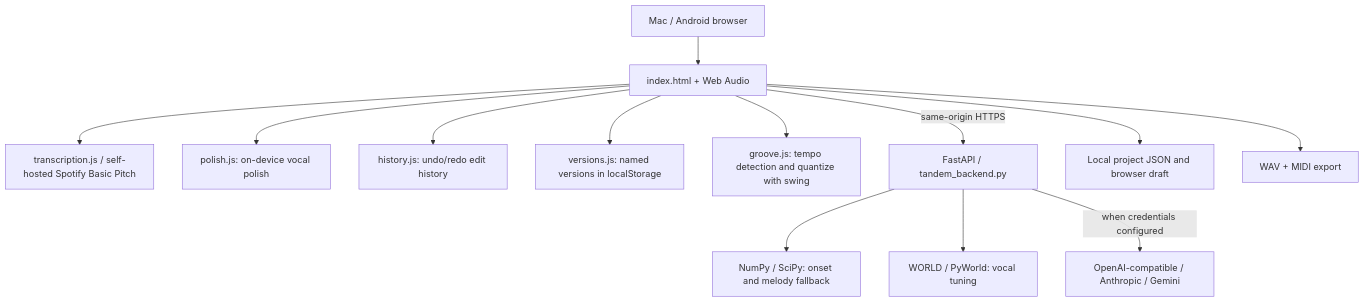
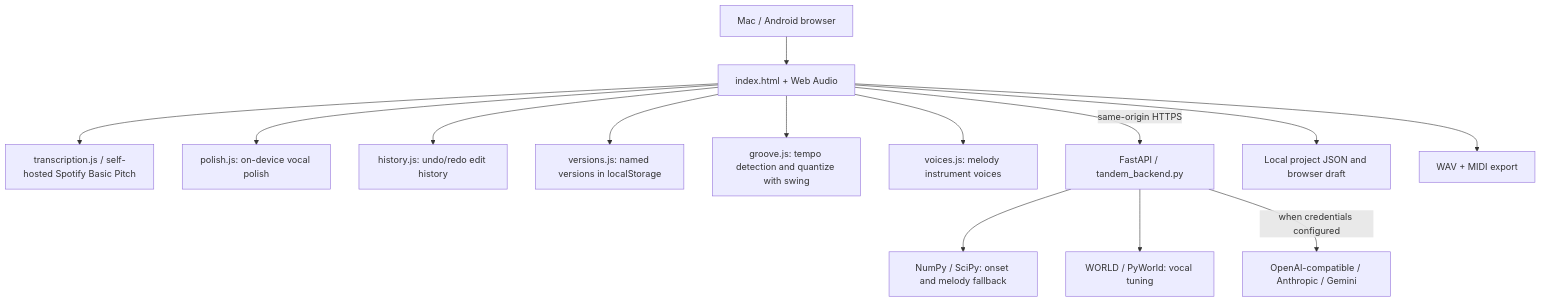
One commit to ogoldberg/tandem-music changed the diagram in docs/ARCHITECTURE.md. Above: the diagram before and after it, drawn with Mermaid. The commit also changed other lines of this file and 13 other files, not shown here.

First line of the commit message:
ARR.1b: layered instrument voices and organ, guitar, flute (#31)

````diff
--- a/docs/ARCHITECTURE.md
+++ b/docs/ARCHITECTURE.md
@@ -7,15 +7,16 @@
 ```mermaid
 flowchart TD
   User[Mac / Android browser] --> UI[index.html + Web Audio]
   UI --> Basic[transcription.js / self-hosted Spotify Basic Pitch]
   UI --> Polish[polish.js: on-device vocal polish]
   UI --> History[history.js: undo/redo edit history]
   UI --> Versions[versions.js: named versions in localStorage]
   UI --> Groove[groove.js: tempo detection and quantize with swing]
+  UI --> Voices[voices.js: melody instrument voices]
   UI -->|same-origin HTTPS| API[FastAPI / tandem_backend.py]
   API --> DSP[NumPy / SciPy: onset and melody fallback]
   API --> World[WORLD / PyWorld: vocal tuning]
   API -->|when credentials configured| LLM[OpenAI-compatible / Anthropic / Gemini]
   UI --> Local[Local project JSON and browser draft]
   UI --> Export[WAV + MIDI export]
 ```
````
